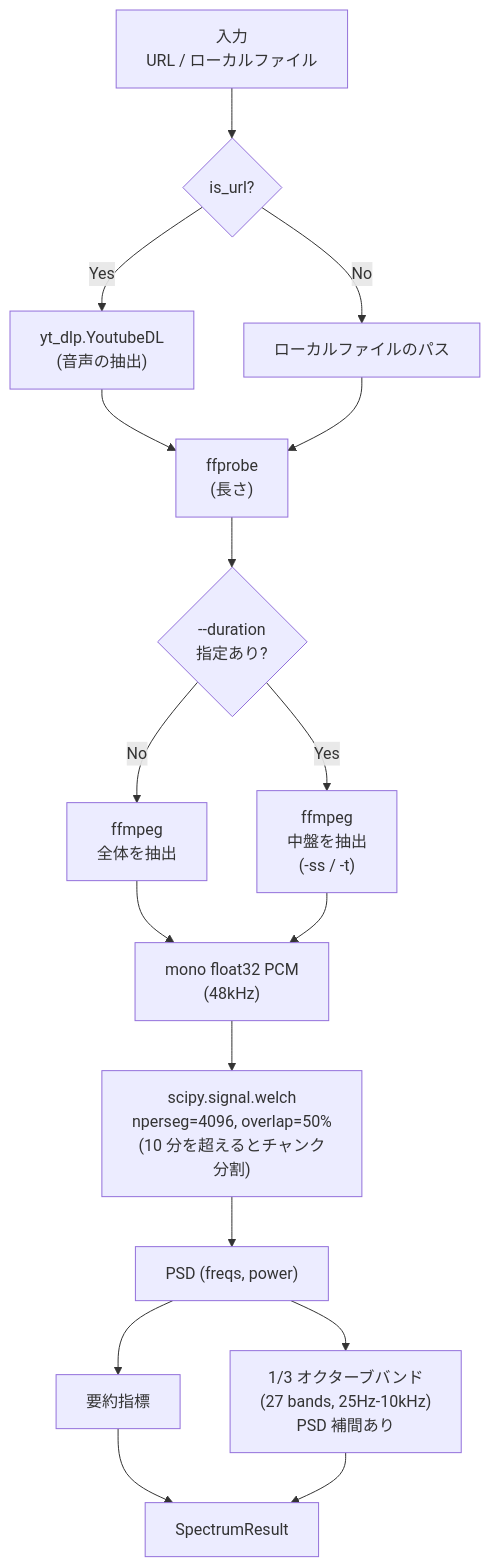
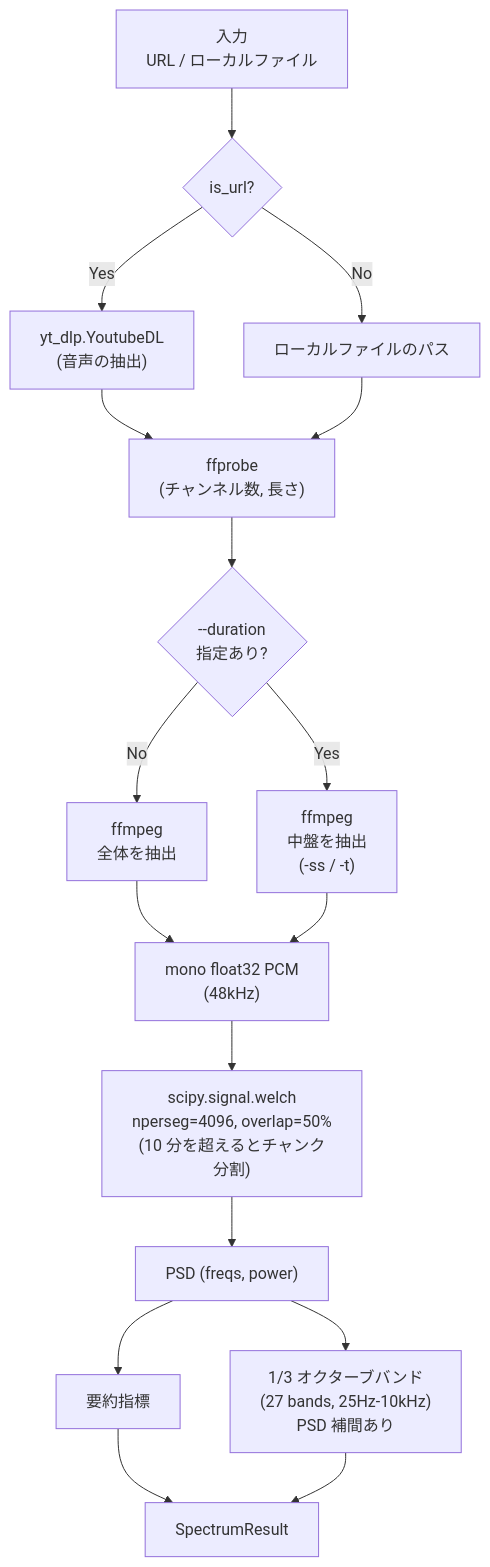
One commit to semnil/analyze-spectrum changed the third of 18 diagrams in docs/architecture.ja.md. Above: the diagram before and after it, drawn with Mermaid. The commit also changed other lines of this file and 7 other files, not shown here.

````diff
--- a/docs/architecture.ja.md
+++ b/docs/architecture.ja.md
@@ -83,34 +90,34 @@
 ```mermaid
 flowchart TD
     INPUT["入力<br>URL / ローカルファイル"]
     RESOLVE{"is_url?"}
     YTDLP["yt_dlp.YoutubeDL<br>(音声の抽出)"]
     LOCAL["ローカルファイルのパス"]
-    PROBE["ffprobe<br>(長さ)"]
+    PROBE["ffprobe<br>(チャンネル数, 長さ)"]
     MIDDLE{"--duration<br>指定あり?"}
     EXTRACT_FULL["ffmpeg<br>全体を抽出"]
     EXTRACT_MID["ffmpeg<br>中盤を抽出<br>(-ss / -t)"]
     PCM["mono float32 PCM<br>(48kHz)"]
     WELCH["scipy.signal.welch<br>nperseg=4096, overlap=50%<br>(10 分を超えるとチャンク分割)"]
     PSD["PSD (freqs, power)"]
     METRICS["要約指標"]
     BANDS["1/3 オクターブバンド<br>(27 bands, 25Hz-10kHz)<br>PSD 補間あり"]
     RESULT["SpectrumResult"]
 
     INPUT --> RESOLVE
     RESOLVE -->|Yes| YTDLP
     RESOLVE -->|No| LOCAL
     YTDLP --> PROBE
     LOCAL --> PROBE
     PROBE --> MIDDLE
     MIDDLE -->|No| EXTRACT_FULL
     MIDDLE -->|Yes| EXTRACT_MID
     EXTRACT_FULL --> PCM
     EXTRACT_MID --> PCM
     PCM --> WELCH
     WELCH --> PSD
     PSD --> METRICS
     PSD --> BANDS
     METRICS --> RESULT
     BANDS --> RESULT
 ```
````
